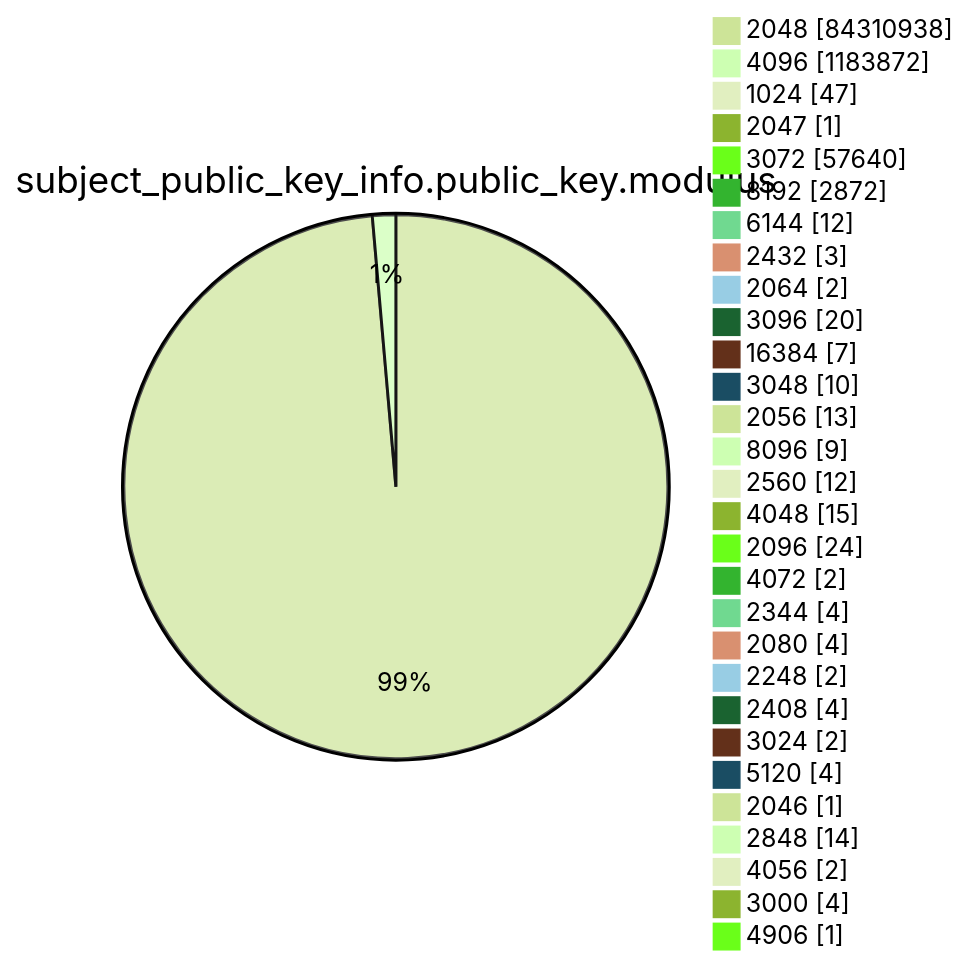
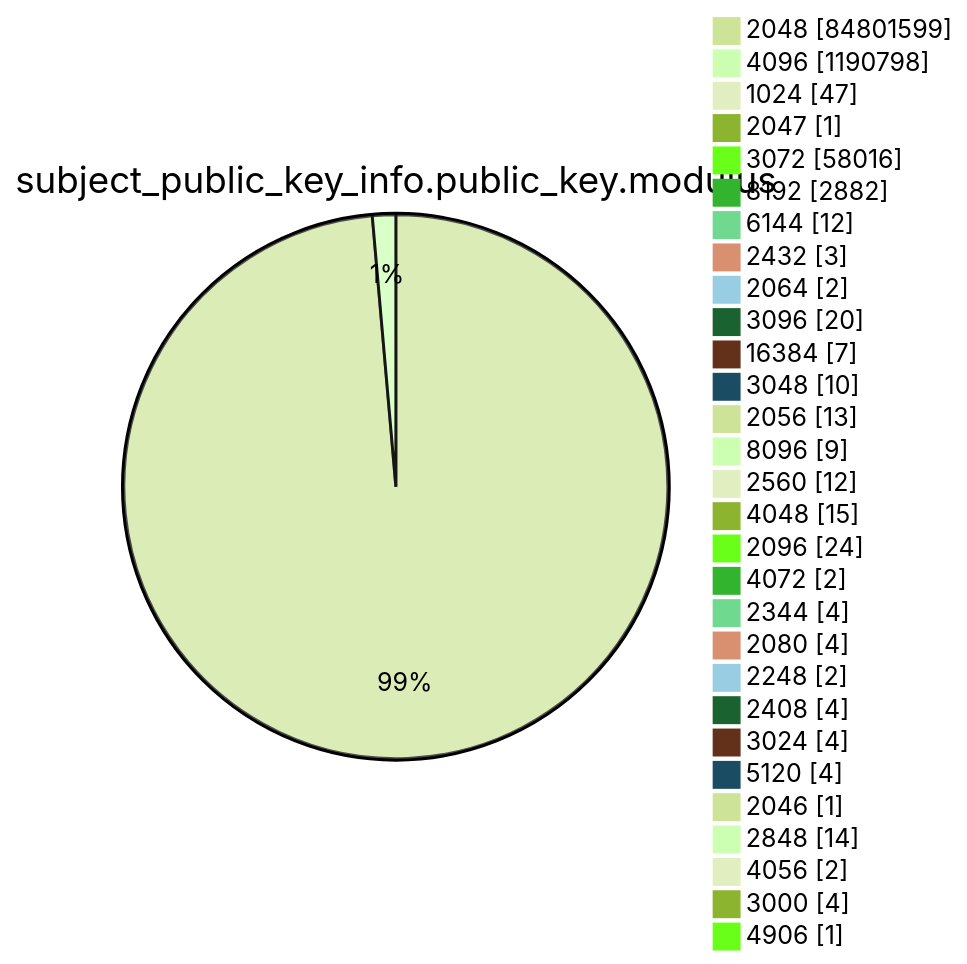
Diagram 13 of 15 in xenon2023/README.md (christiankrug/ctmonitor_visualization), drawn with Mermaid (forest theme) before and after one commit. The commit also changed other lines of this file, not shown here.

````diff
--- a/xenon2023/README.md
+++ b/xenon2023/README.md
@@ -2736,33 +2740,33 @@
 ```mermaid
 pie showData
 title subject_public_key_info.public_key.modulus
-"2048" :84310938
-"4096" :1183872
+"2048" :84801599
+"4096" :1190798
 "1024" :47
 "2047" :1
-"3072" :57640
-"8192" :2872
+"3072" :58016
+"8192" :2882
 "6144" :12
 "2432" :3
 "2064" :2
 "3096" :20
 "16384" :7
 "3048" :10
 "2056" :13
 "8096" :9
 "2560" :12
 "4048" :15
 "2096" :24
 "4072" :2
 "2344" :4
 "2080" :4
 "2248" :2
 "2408" :4
-"3024" :2
+"3024" :4
 "5120" :4
 "2046" :1
 "2848" :14
 "4056" :2
 "3000" :4
 "4906" :1
 ```
````
